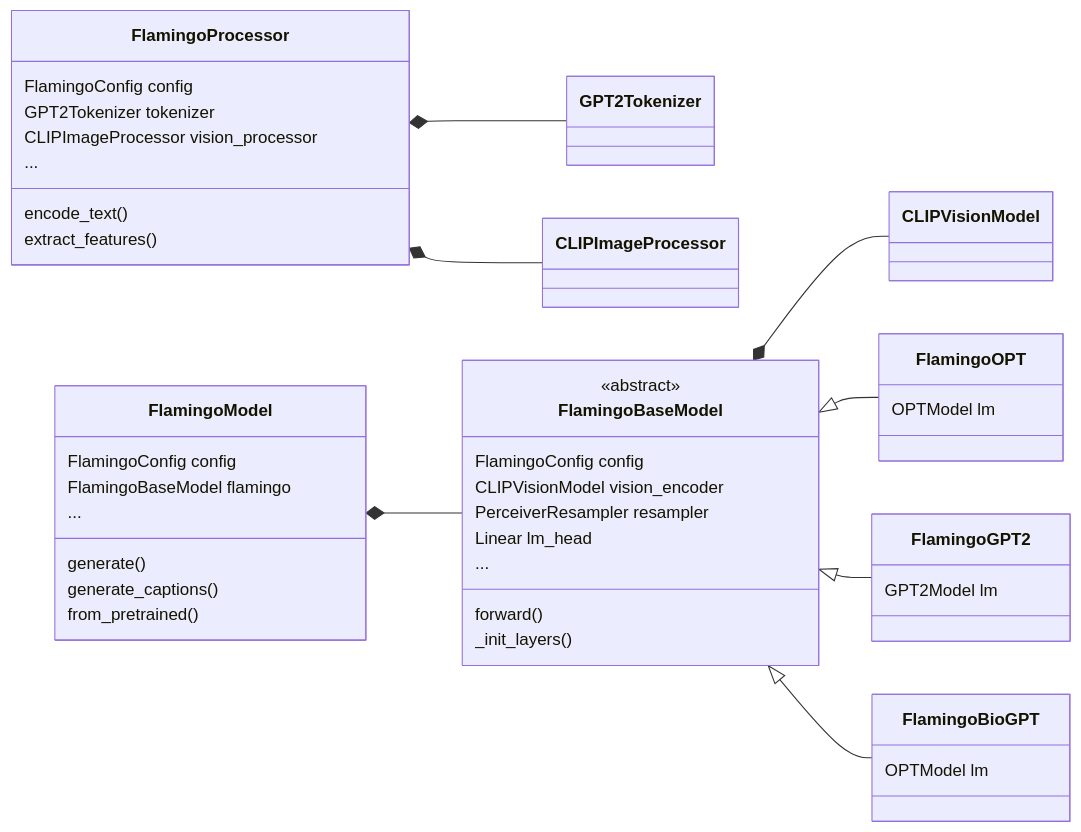
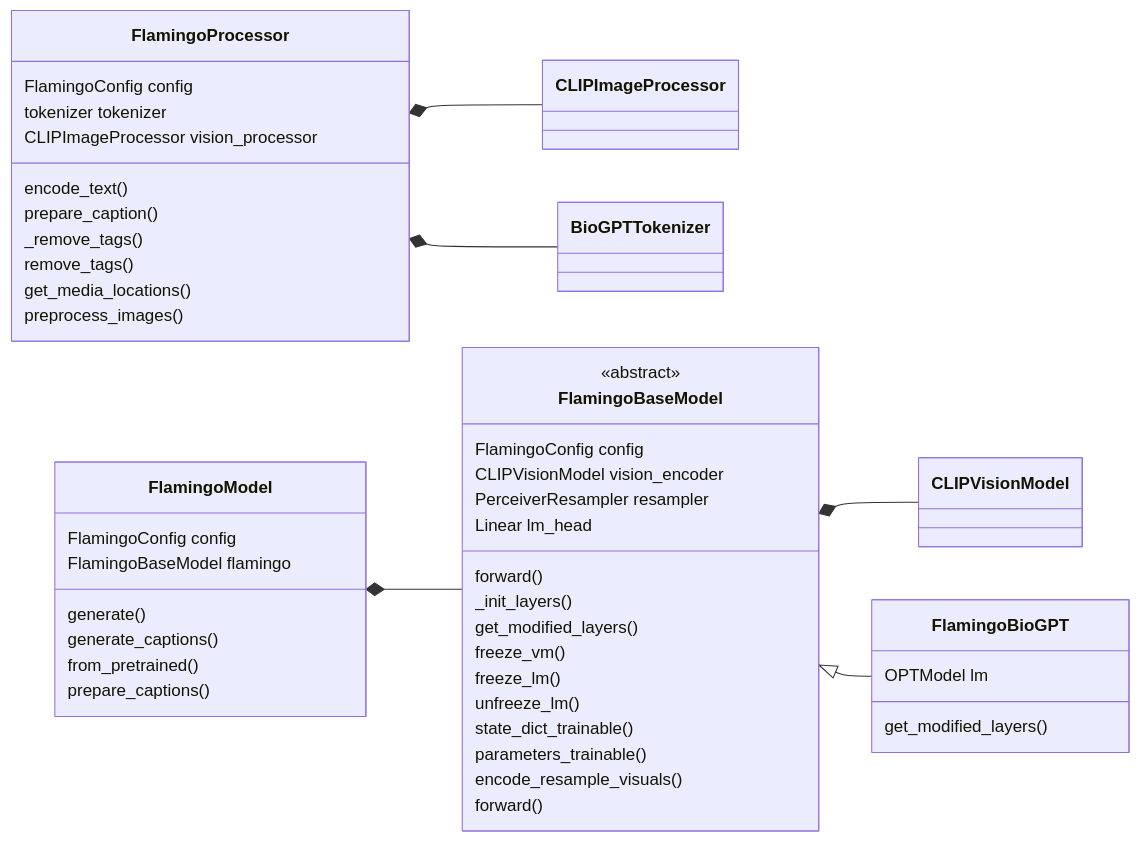
One commit to dasklarleo/MedFlamingo-mini changed the diagram in README.md. Above: the diagram before and after it, drawn with Mermaid. The commit also changed other lines of this file and 10 other files, not shown here.

````diff
--- a/README.md
+++ b/README.md
@@ -100,54 +110,57 @@
 ```mermaid
 classDiagram
 direction LR
 class FlamingoProcessor {
   FlamingoConfig config
-  GPT2Tokenizer tokenizer
+  tokenizer tokenizer
   CLIPImageProcessor vision_processor
   
-  encode_text()
-  extract_features()
-  ...
+  encode_text() 
+  prepare_caption() 
+  _remove_tags()
+  remove_tags()
+  get_media_locations()
+  preprocess_images()
 }
-class GPT2Tokenizer
 class CLIPVisionModel
 class CLIPImageProcessor
-FlamingoProcessor *-- GPT2Tokenizer
+FlamingoProcessor *-- BioGPTTokenizer
 FlamingoProcessor *-- CLIPImageProcessor
 
 class FlamingoModel {
   FlamingoConfig config
   FlamingoBaseModel flamingo
   
   generate()
   generate_captions()
   from_pretrained() 
-  ...
+  prepare_captions()
 }
 
 class FlamingoBaseModel {
   <<abstract>>
   FlamingoConfig config
   CLIPVisionModel vision_encoder
   PerceiverResampler resampler
   Linear lm_head
+
   forward()
   _init_layers()
-  ...
+  get_modified_layers()
+  freeze_vm()
+  freeze_lm()
+  unfreeze_lm()
+  state_dict_trainable()
+  parameters_trainable()
+  encode_resample_visuals()
+  forward()
 }
 class FlamingoBioGPT {
   OPTModel lm
-}
-class FlamingoOPT {
-  OPTModel lm
-}
 
-class FlamingoGPT2 {
-  GPT2Model lm
+  get_modified_layers()
 }
 FlamingoModel *-- FlamingoBaseModel
 FlamingoBaseModel *-- CLIPVisionModel
-FlamingoBaseModel <|-- FlamingoOPT
-FlamingoBaseModel <|-- FlamingoGPT2
 FlamingoBaseModel <|-- FlamingoBioGPT
 ```
````
